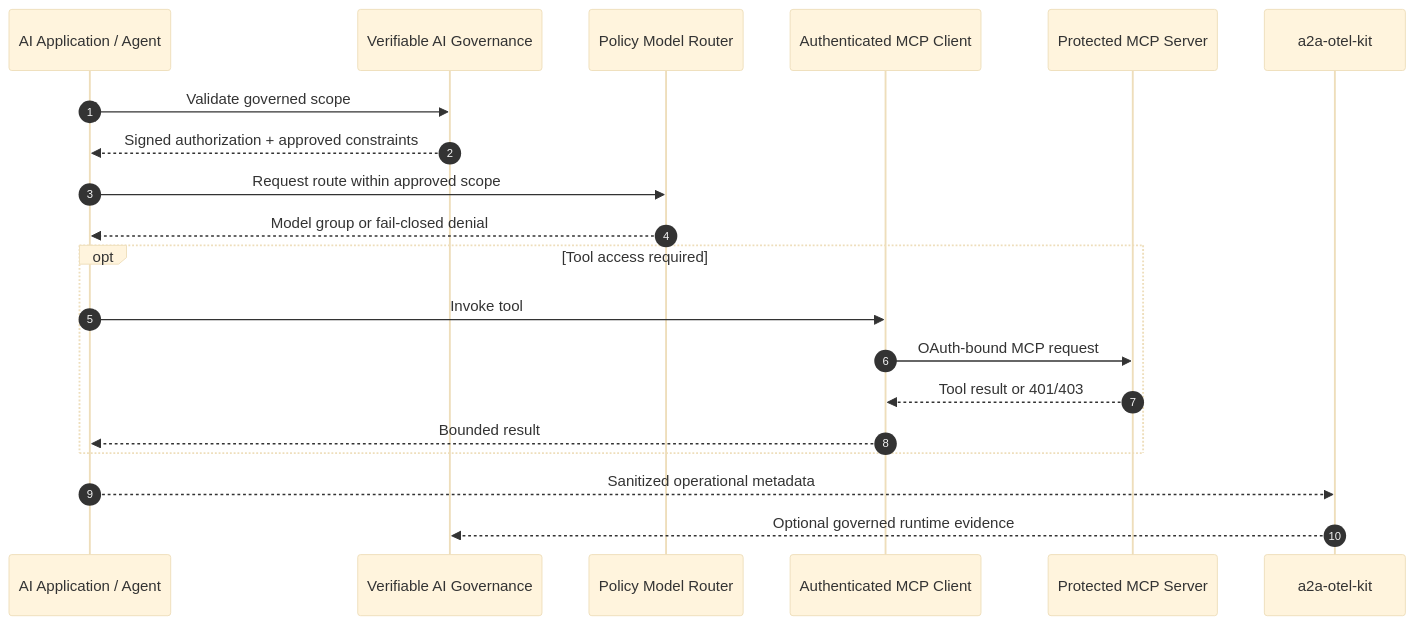
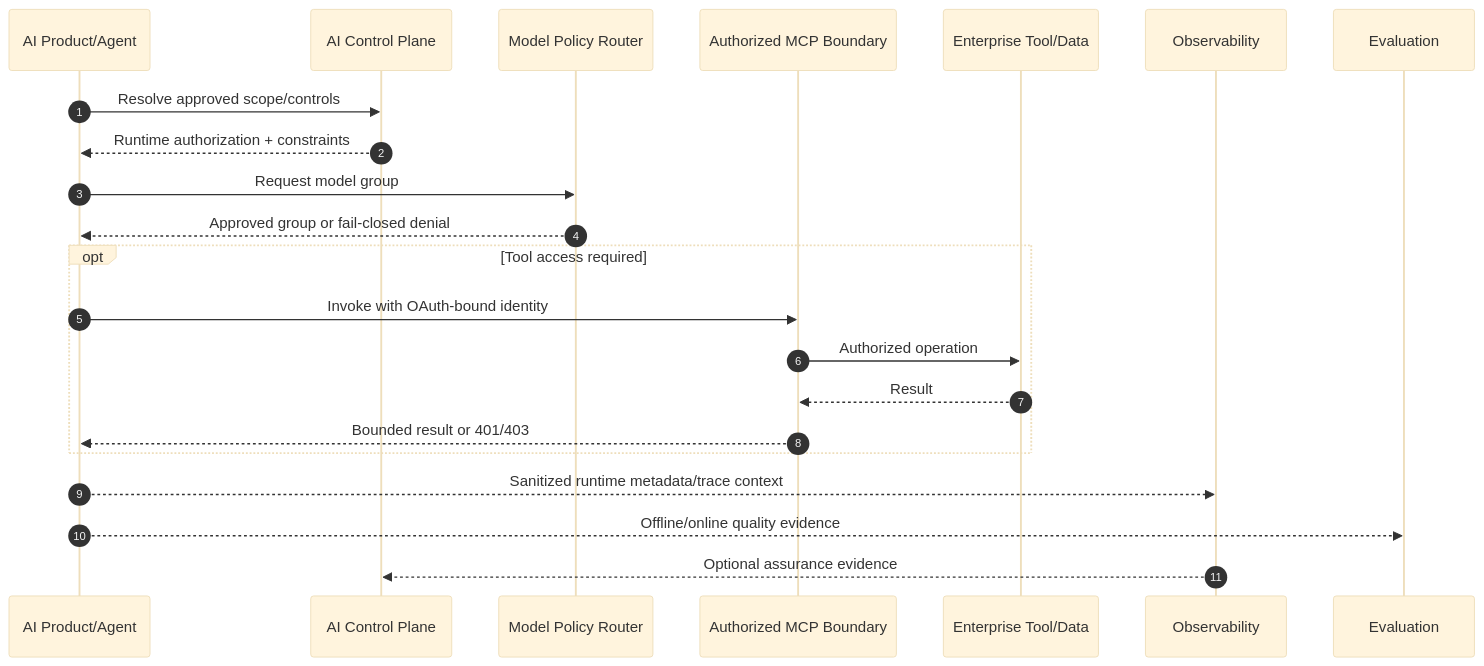
Before and after one commit to brunovicco/brunovicco: the diagram in PORTFOLIO_ARCHITECTURE.md, drawn with Mermaid (base theme). The commit also changed other lines of this file and 4 other files, not shown here.

````diff
--- a/PORTFOLIO_ARCHITECTURE.md
+++ b/PORTFOLIO_ARCHITECTURE.md
@@ -92,25 +336,27 @@
 ```mermaid
 sequenceDiagram
     autonumber
-    participant App as AI Application / Agent
-    participant Gov as Verifiable AI Governance
-    participant Router as Policy Model Router
-    participant MCPClient as Authenticated MCP Client
-    participant MCPServer as Protected MCP Server
-    participant OTel as a2a-otel-kit
+    participant App as AI Product/Agent
+    participant Gov as AI Control Plane
+    participant Router as Model Policy Router
+    participant MCP as Authorized MCP Boundary
+    participant Tool as Enterprise Tool/Data
+    participant OTel as Observability
+    participant Eval as Evaluation
 
-    App->>Gov: Validate governed scope
-    Gov-->>App: Signed authorization + approved constraints
-    App->>Router: Request route within approved scope
-    Router-->>App: Model group or fail-closed denial
+    App->>Gov: Resolve approved scope/controls
+    Gov-->>App: Runtime authorization + constraints
+    App->>Router: Request model group
+    Router-->>App: Approved group or fail-closed denial
 
     opt Tool access required
-        App->>MCPClient: Invoke tool
-        MCPClient->>MCPServer: OAuth-bound MCP request
-        MCPServer-->>MCPClient: Tool result or 401/403
-        MCPClient-->>App: Bounded result
+        App->>MCP: Invoke with OAuth-bound identity
+        MCP->>Tool: Authorized operation
+        Tool-->>MCP: Result
+        MCP-->>App: Bounded result or 401/403
     end
 
-    App-->>OTel: Sanitized operational metadata
-    OTel-->>Gov: Optional governed runtime evidence
+    App-->>OTel: Sanitized runtime metadata/trace context
+    App-->>Eval: Offline/online quality evidence
+    OTel-->>Gov: Optional assurance evidence
 ```
````
